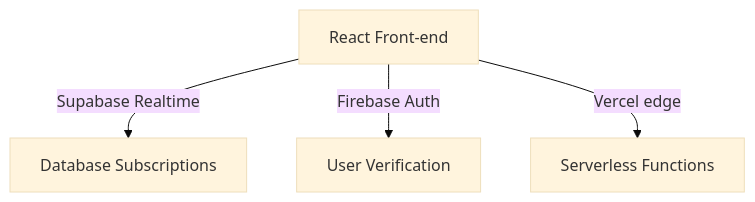
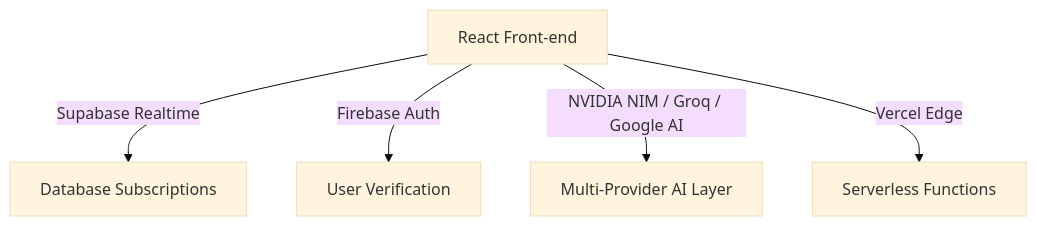
Before and after one commit to Tharunmtb-racer21/kct-classroom-flow: the diagram in README.md, drawn with Mermaid (base theme). The commit also changed other lines of this file, not shown here.

````diff
--- a/README.md
+++ b/README.md
@@ -35,6 +39,7 @@
 ```mermaid
 graph TD
     A[React Front-end] -->|Supabase Realtime| B[Database Subscriptions]
     A -->|Firebase Auth| C[User Verification]
-    A -->|Vercel edge| D[Serverless Functions]
+    A -->|NVIDIA NIM / Groq / Google AI| D[Multi-Provider AI Layer]
+    A -->|Vercel Edge| E[Serverless Functions]
 ```
````
